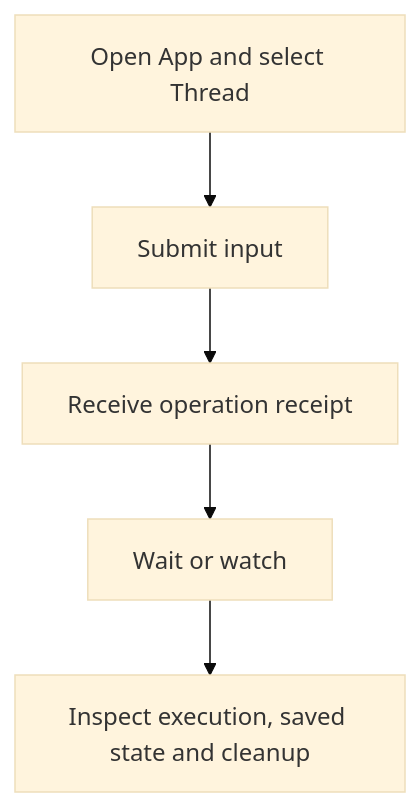
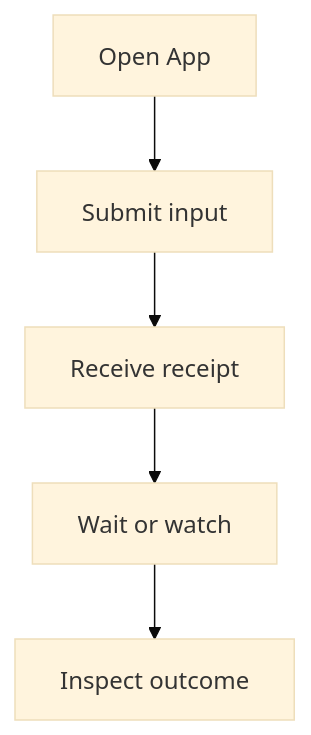
One commit to converge-ai-labs/agent-foundation changed the diagram in docs/a13n-harness-ui/embedding.md. Above: the diagram before and after it, drawn with Mermaid (base theme). The commit also changed other lines of this file and 124 other files, not shown here.

````diff
--- a/docs/a13n-harness-ui/embedding.md
+++ b/docs/a13n-harness-ui/embedding.md
@@ -45,7 +47,8 @@
 ```mermaid
 flowchart TD
-    A[Open App and select Thread] --> B[Submit input]
-    B --> C[Receive operation receipt]
-    C --> D[Wait or watch]
-    D --> E[Inspect execution, saved state and cleanup]
+    App[Open App] --> Submit[Submit input]
+    Submit --> Receipt[Receive receipt]
+    Receipt --> Wait[Wait or watch]
+    Wait --> Outcome[Inspect outcome]
+    class App,Submit,Receipt,Wait,Outcome app
 ```
````
